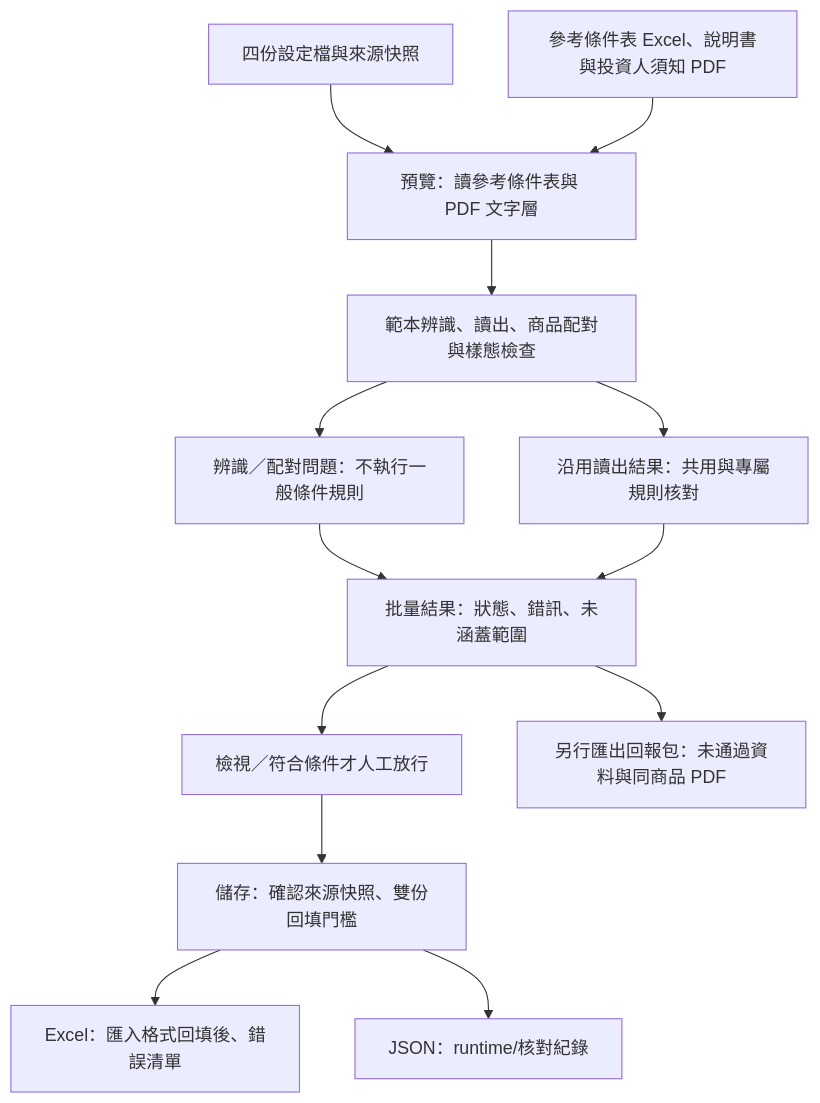
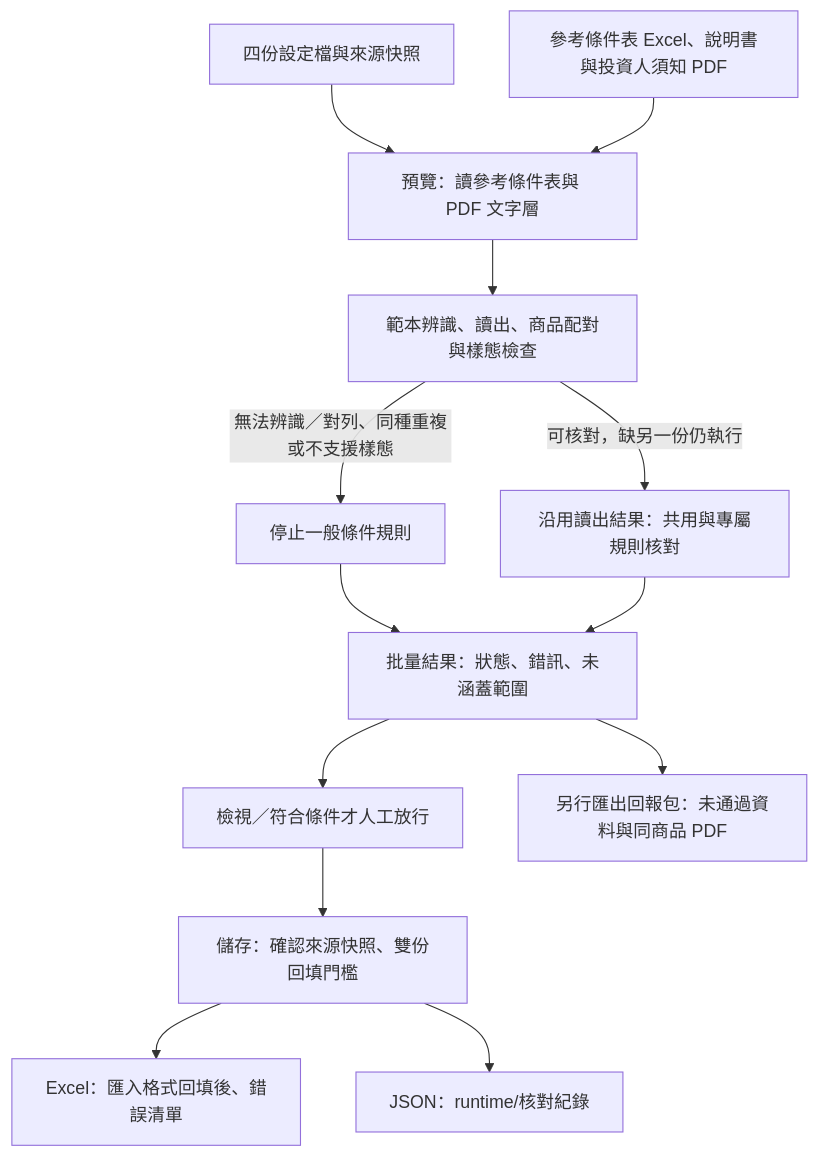
One commit to TaylorYam/fcn-term-sheet-checker changed the diagram in docs/architecture.md. Above: the diagram before and after it, drawn with Mermaid. The commit also changed other lines of this file and 1 other file, not shown here.

Commit message:
docs: 釐清缺少另一份文件時仍執行核對規則

````diff
--- a/docs/architecture.md
+++ b/docs/architecture.md
@@ -11,15 +11,15 @@
 ```mermaid
 flowchart TD
     C[四份設定檔與來源快照] --> P[預覽：讀參考條件表與 PDF 文字層]
     I[參考條件表 Excel、說明書與投資人須知 PDF] --> P
     P --> D[範本辨識、讀出、商品配對與樣態檢查]
-    D --> R[沿用讀出結果：共用與專屬規則核對]
-    D --> X[辨識／配對問題：不執行一般條件規則]
+    D -->|可核對，缺另一份仍執行| R[沿用讀出結果：共用與專屬規則核對]
+    D -->|無法辨識／對列、同種重複或不支援樣態| X[停止一般條件規則]
     X --> O[批量結果：狀態、錯訊、未涵蓋範圍]
     R --> O
     O --> A[檢視／符合條件才人工放行]
     A --> S[儲存：確認來源快照、雙份回填門檻]
     S --> W[Excel：匯入格式回填後、錯誤清單]
     S --> J[JSON：runtime/核對紀錄]
     O --> B[另行匯出回報包：未通過資料與同商品 PDF]
 ```
````
